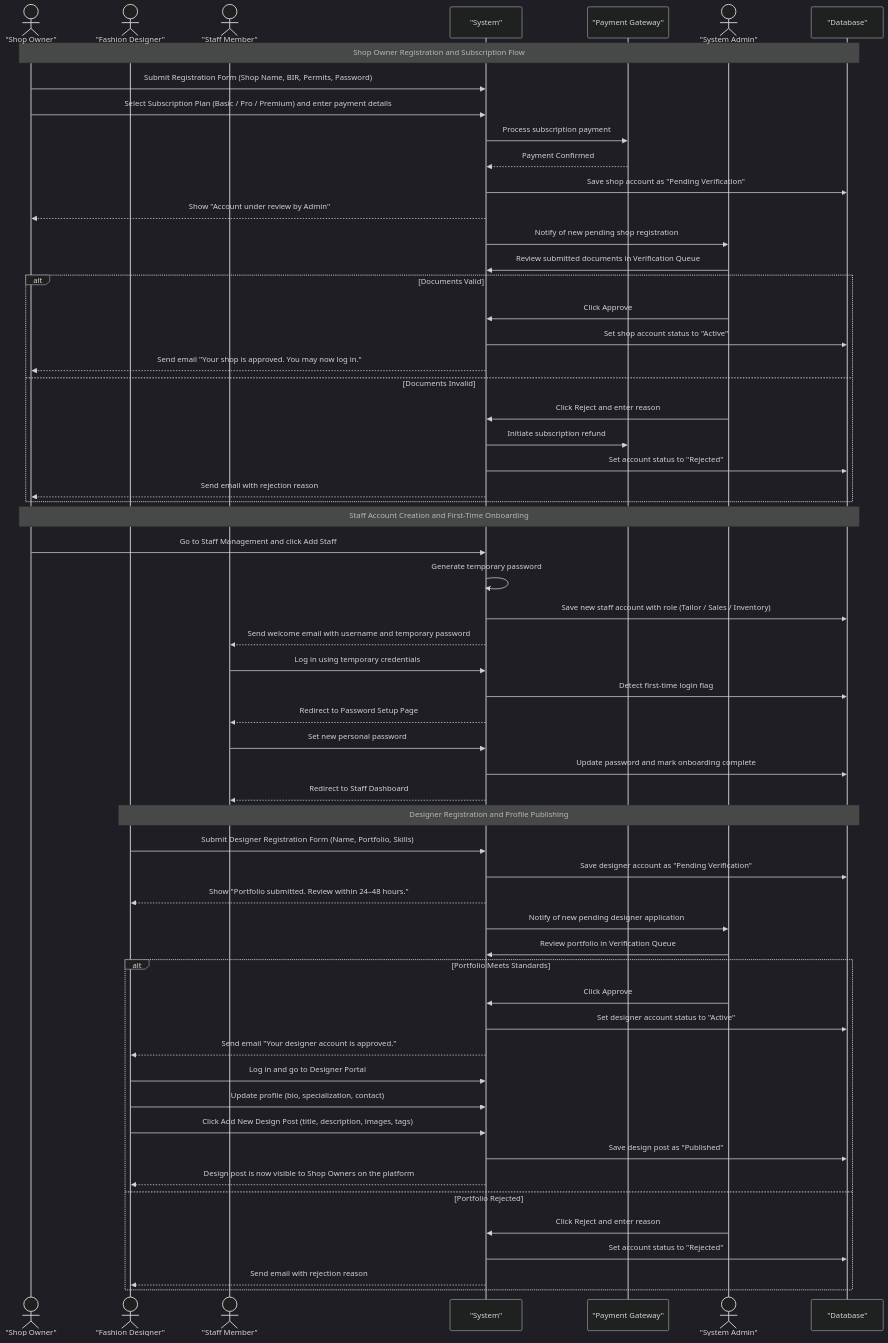
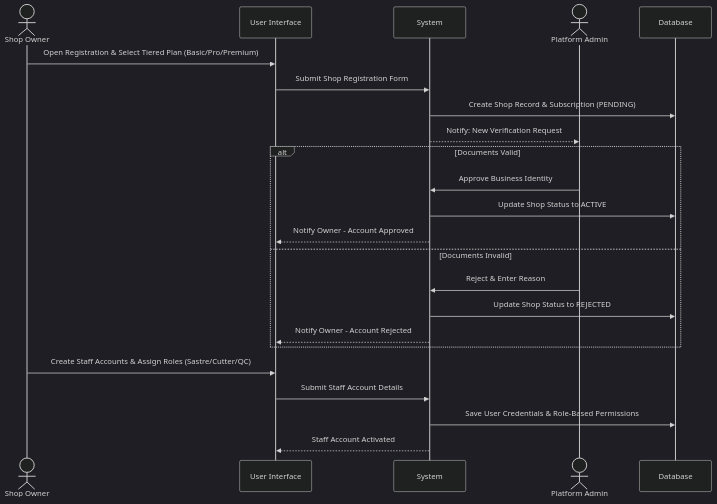
The first of 6 diagrams in sutura-clean-nextjs-prototype/docs/SequenceDiagram.md (ItzFrostyCode/CapstoneSatura), drawn with Mermaid (dark theme) before and after one commit. The commit also changed other lines of this file and 264 other files, not shown here.

First line of the commit message:
refactor: finalize technical documentation and synchronize database schema with capstone objectives

````diff
--- a/sutura-clean-nextjs-prototype/docs/SequenceDiagram.md
+++ b/sutura-clean-nextjs-prototype/docs/SequenceDiagram.md
@@ -9,64 +12,28 @@
 ```mermaid
 sequenceDiagram
-    actor Owner as "Shop Owner"
-    actor Designer as "Fashion Designer"
-    actor Staff as "Staff Member"
-    participant System as "System"
-    participant Gateway as "Payment Gateway"
-    actor Admin as "System Admin"
-    participant DB as "Database"
+    actor Owner as Shop Owner
+    participant UI as User Interface
+    participant System as System
+    actor Admin as Platform Admin
+    participant DB as Database
 
-    Note over Owner, DB: Shop Owner Registration and Subscription Flow
-    Owner->>System: Submit Registration Form (Shop Name, BIR, Permits, Password)
-    Owner->>System: Select Subscription Plan (Basic / Pro / Premium) and enter payment details
-    System->>Gateway: Process subscription payment
-    Gateway-->>System: Payment Confirmed
-    System->>DB: Save shop account as "Pending Verification"
-    System-->>Owner: Show "Account under review by Admin"
-    System->>Admin: Notify of new pending shop registration
+    Owner->>UI: Open Registration & Select Tiered Plan (Basic/Pro/Premium)
+    UI->>System: Submit Shop Registration Form
+    System->>DB: Create Shop Record & Subscription (PENDING)
+    System-->>Admin: Notify: New Verification Request
 
-    Admin->>System: Review submitted documents in Verification Queue
     alt Documents Valid
-        Admin->>System: Click Approve
-        System->>DB: Set shop account status to "Active"
-        System-->>Owner: Send email "Your shop is approved. You may now log in."
+        Admin->>System: Approve Business Identity
+        System->>DB: Update Shop Status to ACTIVE
+        System-->>UI: Notify Owner - Account Approved
     else Documents Invalid
-        Admin->>System: Click Reject and enter reason
-        System->>Gateway: Initiate subscription refund
-        System->>DB: Set account status to "Rejected"
-        System-->>Owner: Send email with rejection reason
+        Admin->>System: Reject & Enter Reason
+        System->>DB: Update Shop Status to REJECTED
+        System-->>UI: Notify Owner - Account Rejected
     end
 
-    Note over Owner, DB: Staff Account Creation and First-Time Onboarding
-    Owner->>System: Go to Staff Management and click Add Staff
-    System->>System: Generate temporary password
-    System->>DB: Save new staff account with role (Tailor / Sales / Inventory)
-    System-->>Staff: Send welcome email with username and temporary password
-    Staff->>System: Log in using temporary credentials
-    System->>DB: Detect first-time login flag
-    System-->>Staff: Redirect to Password Setup Page
-    Staff->>System: Set new personal password
-    System->>DB: Update password and mark onboarding complete
-    System-->>Staff: Redirect to Staff Dashboard
-
-    Note over Designer, DB: Designer Registration and Profile Publishing
-    Designer->>System: Submit Designer Registration Form (Name, Portfolio, Skills)
-    System->>DB: Save designer account as "Pending Verification"
-    System-->>Designer: Show "Portfolio submitted. Review within 24–48 hours."
-    System->>Admin: Notify of new pending designer application
-    Admin->>System: Review portfolio in Verification Queue
-    alt Portfolio Meets Standards
-        Admin->>System: Click Approve
-        System->>DB: Set designer account status to "Active"
-        System-->>Designer: Send email "Your designer account is approved."
-        Designer->>System: Log in and go to Designer Portal
-        Designer->>System: Update profile (bio, specialization, contact)
-        Designer->>System: Click Add New Design Post (title, description, images, tags)
-        System->>DB: Save design post as "Published"
-        System-->>Designer: Design post is now visible to Shop Owners on the platform
-    else Portfolio Rejected
-        Admin->>System: Click Reject and enter reason
-        System->>DB: Set account status to "Rejected"
-        System-->>Designer: Send email with rejection reason
-    end
+    Owner->>UI: Create Staff Accounts & Assign Roles (Sastre/Cutter/QC)
+    UI->>System: Submit Staff Account Details
+    System->>DB: Save User Credentials & Role-Based Permissions
+    System-->>UI: Staff Account Activated
 ```
````
